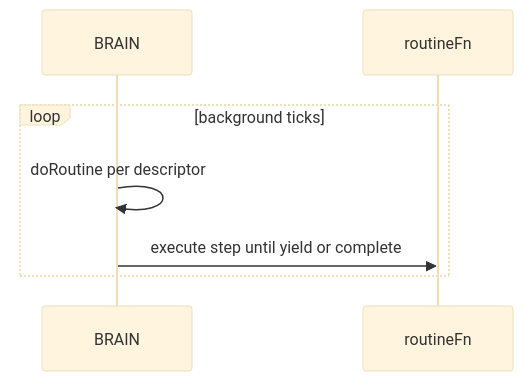
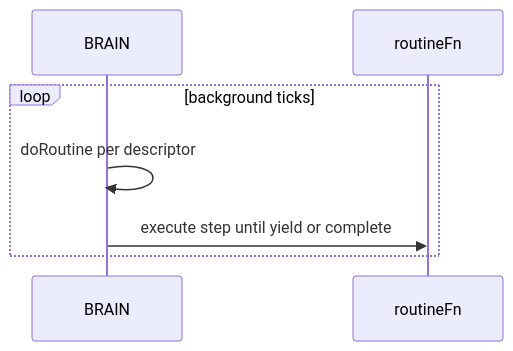
Before and after one commit to Gh0st352/AETHR: the second of 3 diagrams in docs/brain/coroutines.md, drawn with Mermaid. The commit also changed other lines of this file and 20 other files, not shown here.

First line of the commit message:
docs: unify mermaid themes and clarify module graphs

````diff
--- a/docs/brain/coroutines.md
+++ b/docs/brain/coroutines.md
@@ -43,13 +40,10 @@
 ```mermaid
-%%{init: {"theme":"base"}}%%
+%% shared theme: docs/_mermaid/theme.json %%
 sequenceDiagram
-  %% background rect improves readability on dark docs
-  rect rgba(255,255,255,0.75)
-    participant BR as BRAIN
-    participant FN as routineFn
-    loop background ticks
-      BR->>BR: doRoutine per descriptor
-      BR->>FN: execute step until yield or complete
-    end
+  participant BR as BRAIN
+  participant FN as routineFn
+  loop background ticks
+    BR->>BR: doRoutine per descriptor
+    BR->>FN: execute step until yield or complete
   end
 ```
````
